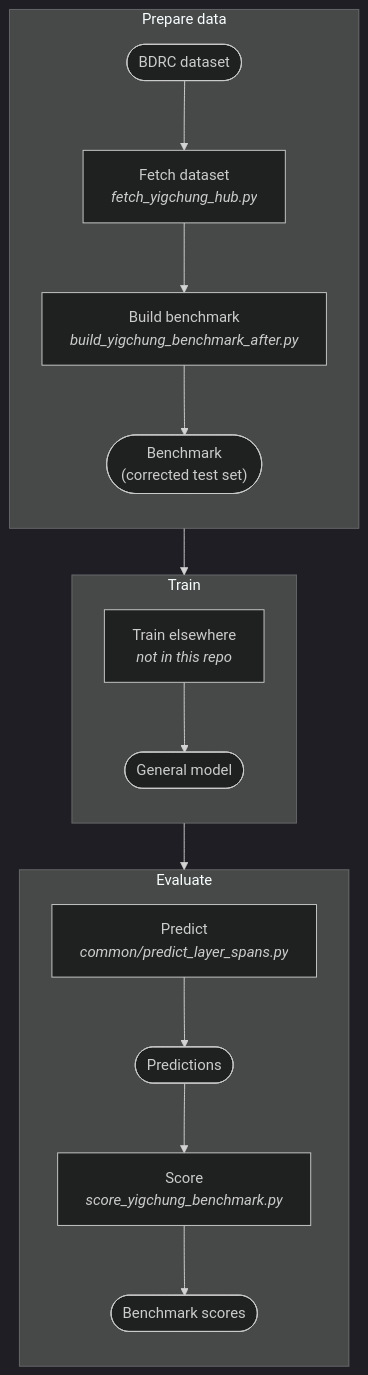
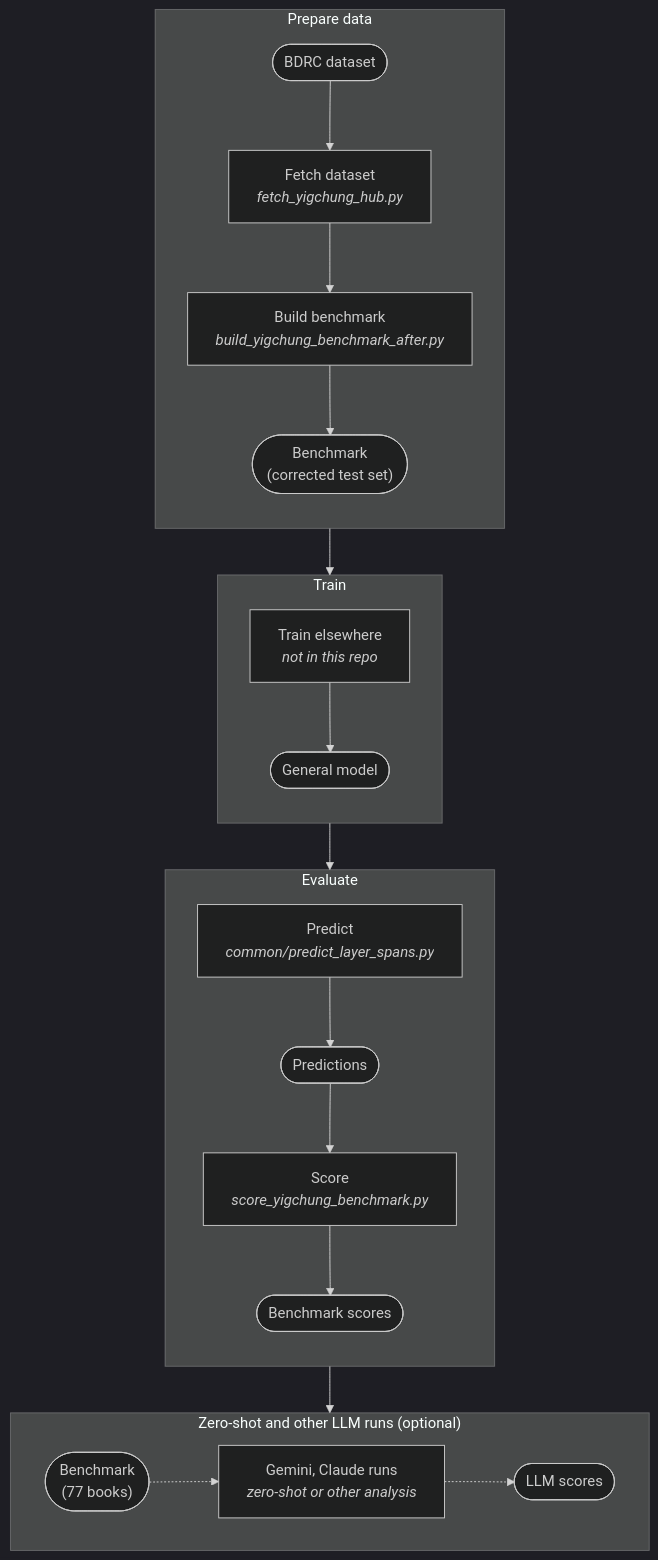
One commit to tenzinyonten/tibetan-layer-detection changed the diagram in yigchung/docs/pipeline.mmd. Above: the diagram before and after it, drawn with Mermaid (dark theme). The commit also changed 4 other files, not shown here.

Commit message:
Yigchung charts: optional box for zero-shot and other Gemini/LLM analysis

```diff
--- a/yigchung/docs/pipeline.mmd
+++ b/yigchung/docs/pipeline.mmd
@@ -1,20 +1,26 @@
 %%{init: {"flowchart": {"htmlLabels": false}}}%%
 flowchart TD
   subgraph PREP["Prepare data"]
     direction TB
     F1(["BDRC dataset"]) --> S1["Fetch dataset<br/><i>fetch_yigchung_hub.py</i>"]
     S1 --> S2["Build benchmark<br/><i>build_yigchung_benchmark_after.py</i>"]
     S2 --> F2(["Benchmark<br/>(corrected test set)"])
   end
   subgraph TRAIN["Train"]
     direction TB
     T1["Train elsewhere<br/><i>not in this repo</i>"] --> F3(["General model"])
   end
   subgraph EVAL["Evaluate"]
     direction TB
     E1["Predict<br/><i>common/predict_layer_spans.py</i>"] --> F4(["Predictions"])
     F4 --> E2["Score<br/><i>score_yigchung_benchmark.py</i>"]
     E2 --> F5(["Benchmark scores"])
   end
+  subgraph BASE["Zero-shot and other LLM runs (optional)"]
+    direction LR
+    B2(["Benchmark<br/>(77 books)"]) -.-> Z1["Gemini, Claude runs<br/><i>zero-shot or other analysis</i>"]
+    Z1 -.-> Z2(["LLM scores"])
+  end
   PREP --> TRAIN
   TRAIN --> EVAL
+  EVAL --> BASE
```
